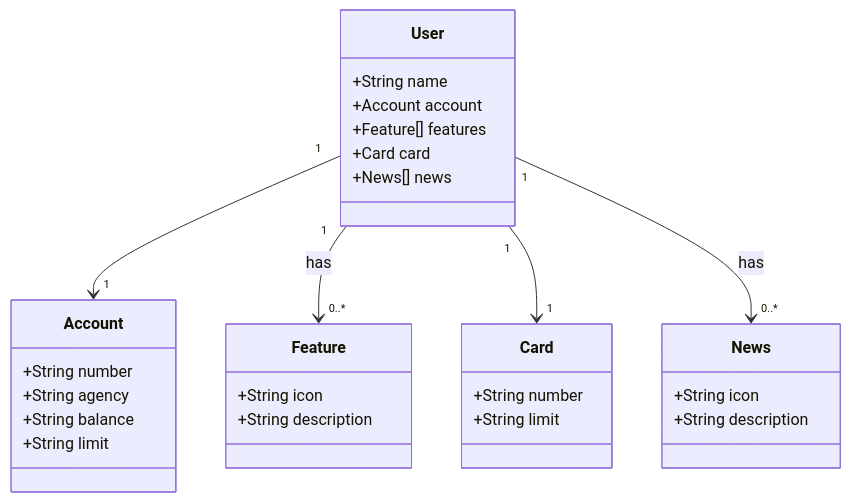
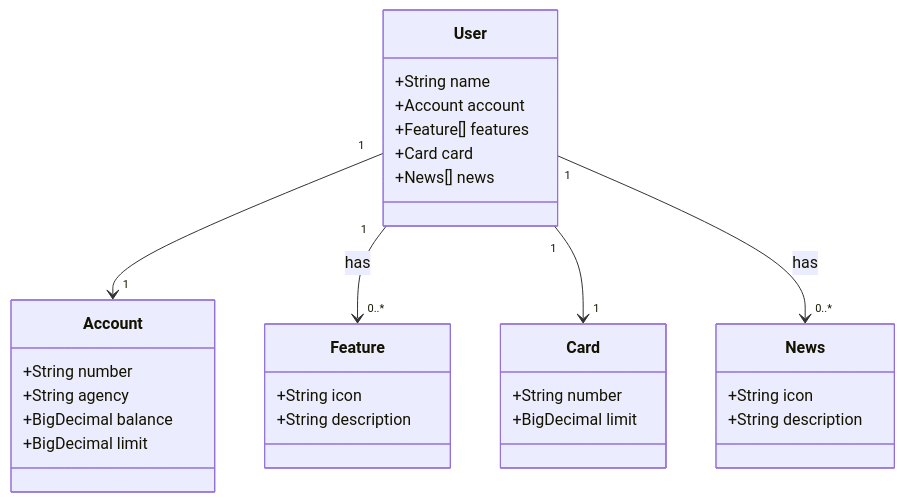
Before and after one commit to xssrae/bank-api: the diagram in README.md, drawn with Mermaid. The commit also changed other lines of this file and 1 other file, not shown here.

````diff
--- a/README.md
+++ b/README.md
@@ -3,37 +57,37 @@
 ```mermaid
 classDiagram
     class User {
         +String name
         +Account account
         +Feature[] features
         +Card card
         +News[] news
     }
 
     class Account {
         +String number
         +String agency
-        +String balance
-        +String limit
+        +BigDecimal balance
+        +BigDecimal limit
     }
 
     class Feature {
         +String icon
         +String description
     }
 
     class Card {
         +String number
-        +String limit
+        +BigDecimal limit
     }
 
     class News {
         +String icon
         +String description
     }
 
     User "1" --> "1" Account
     User "1" --> "0..*" Feature : has
     User "1" --> "1" Card
     User "1" --> "0..*" News : has
 ```
````
